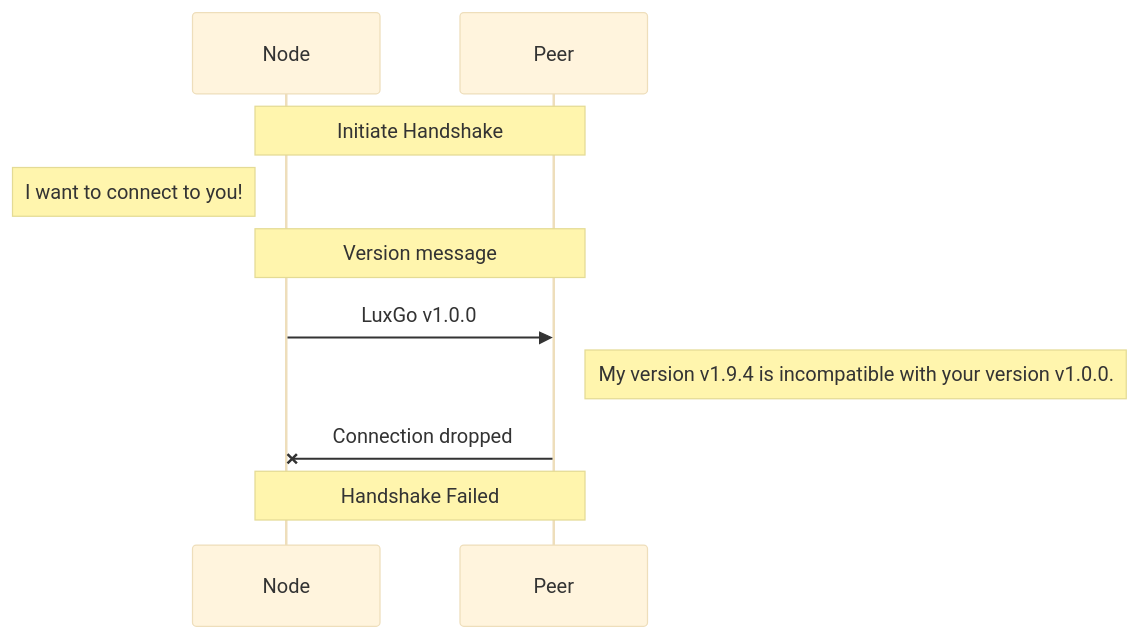
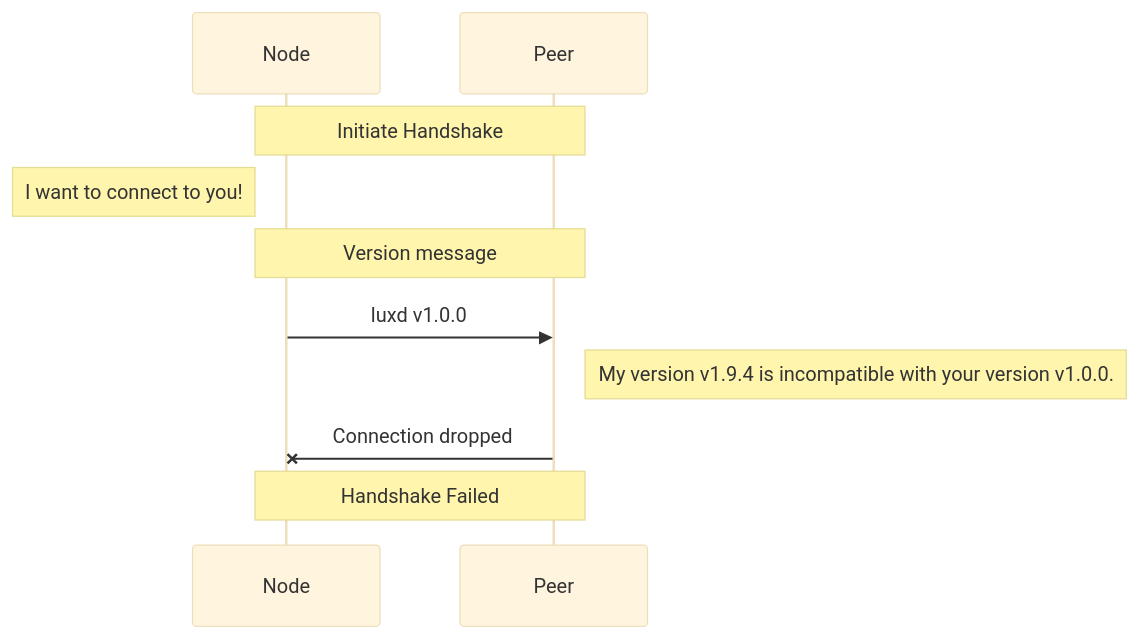
Before and after one commit to luxfi/node: the second of 5 diagrams in network/README.md, drawn with Mermaid (base theme). The commit also changed other lines of this file and 34 other files, not shown here.

````diff
--- a/network/README.md
+++ b/network/README.md
@@ -59,10 +59,10 @@
 ```mermaid
 sequenceDiagram
 Note over Node,Peer: Initiate Handshake
 Note left of Node: I want to connect to you!
 Note over Node,Peer: Version message
-Node->>Peer: LuxGo v1.0.0
+Node->>Peer: luxd v1.0.0
 Note right of Peer: My version v1.9.4 is incompatible with your version v1.0.0.
 Peer-xNode: Connection dropped
 Note over Node,Peer: Handshake Failed
 ```
````
